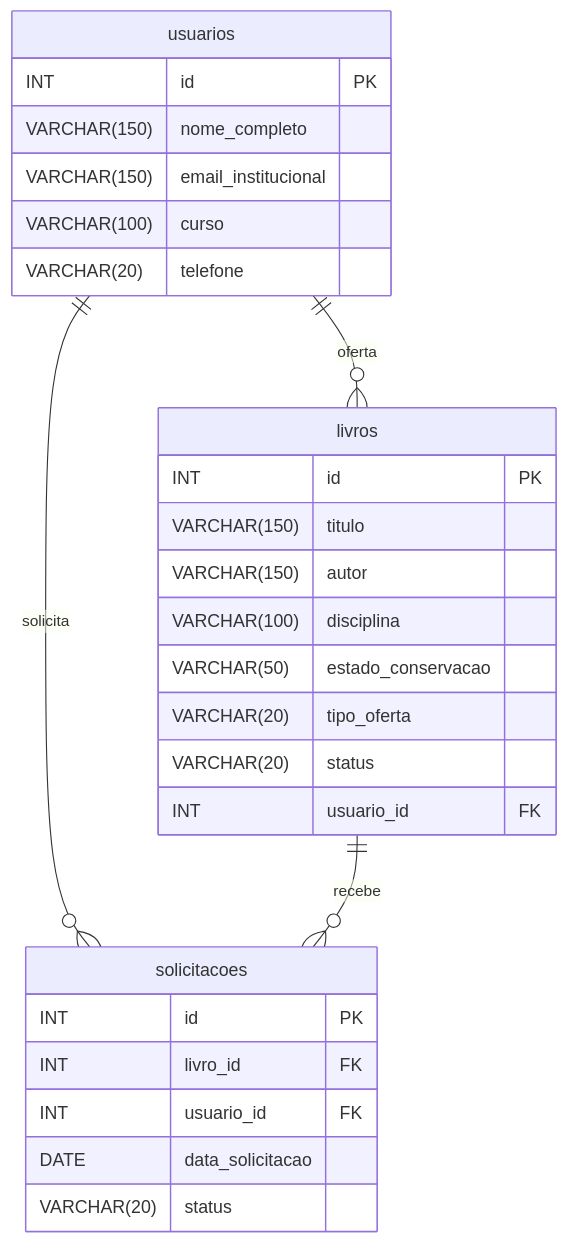
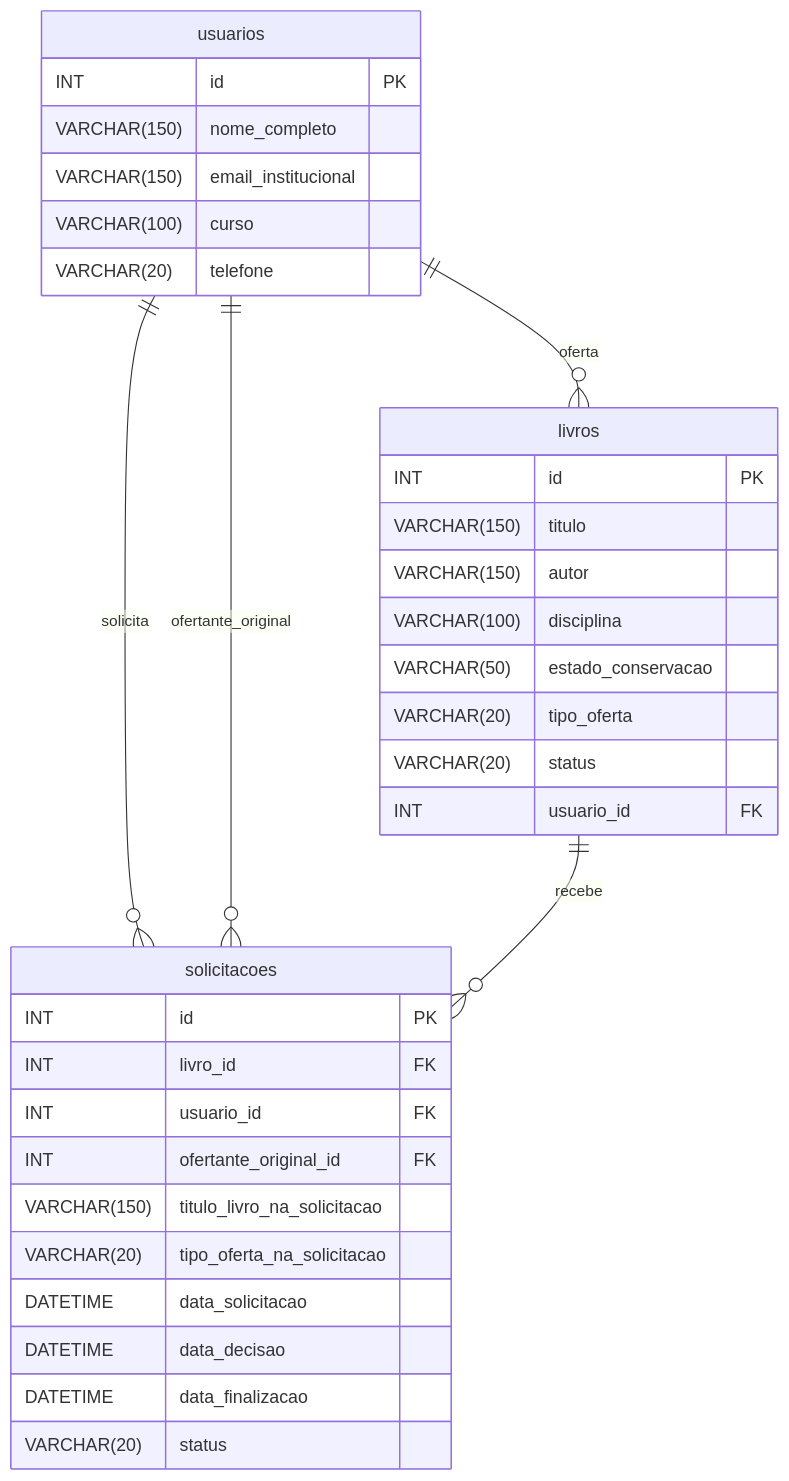
One commit to Caua-07/aep-ESOFT4SNB changed the second of 2 diagrams in docs/diagramas.md. Above: the diagram before and after it, drawn with Mermaid. The commit also changed other lines of this file and 6 other files, not shown here.

````diff
--- a/docs/diagramas.md
+++ b/docs/diagramas.md
@@ -55,31 +61,37 @@
 ```mermaid
 erDiagram
     usuarios ||--o{ livros : oferta
     usuarios ||--o{ solicitacoes : solicita
+    usuarios ||--o{ solicitacoes : ofertante_original
     livros ||--o{ solicitacoes : recebe
 
     usuarios {
         INT id PK
         VARCHAR(150) nome_completo
         VARCHAR(150) email_institucional
         VARCHAR(100) curso
         VARCHAR(20) telefone
     }
     livros {
         INT id PK
         VARCHAR(150) titulo
         VARCHAR(150) autor
         VARCHAR(100) disciplina
         VARCHAR(50) estado_conservacao
         VARCHAR(20) tipo_oferta
         VARCHAR(20) status
         INT usuario_id FK
     }
     solicitacoes {
         INT id PK
         INT livro_id FK
         INT usuario_id FK
-        DATE data_solicitacao
+        INT ofertante_original_id FK
+        VARCHAR(150) titulo_livro_na_solicitacao
+        VARCHAR(20) tipo_oferta_na_solicitacao
+        DATETIME data_solicitacao
+        DATETIME data_decisao
+        DATETIME data_finalizacao
         VARCHAR(20) status
     }
 ```
````
